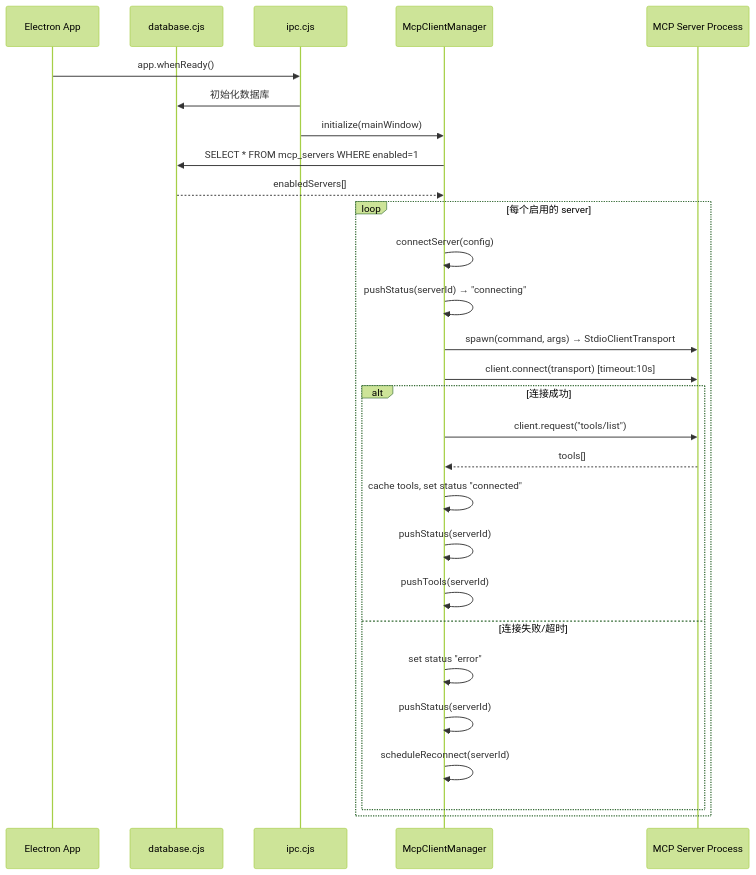
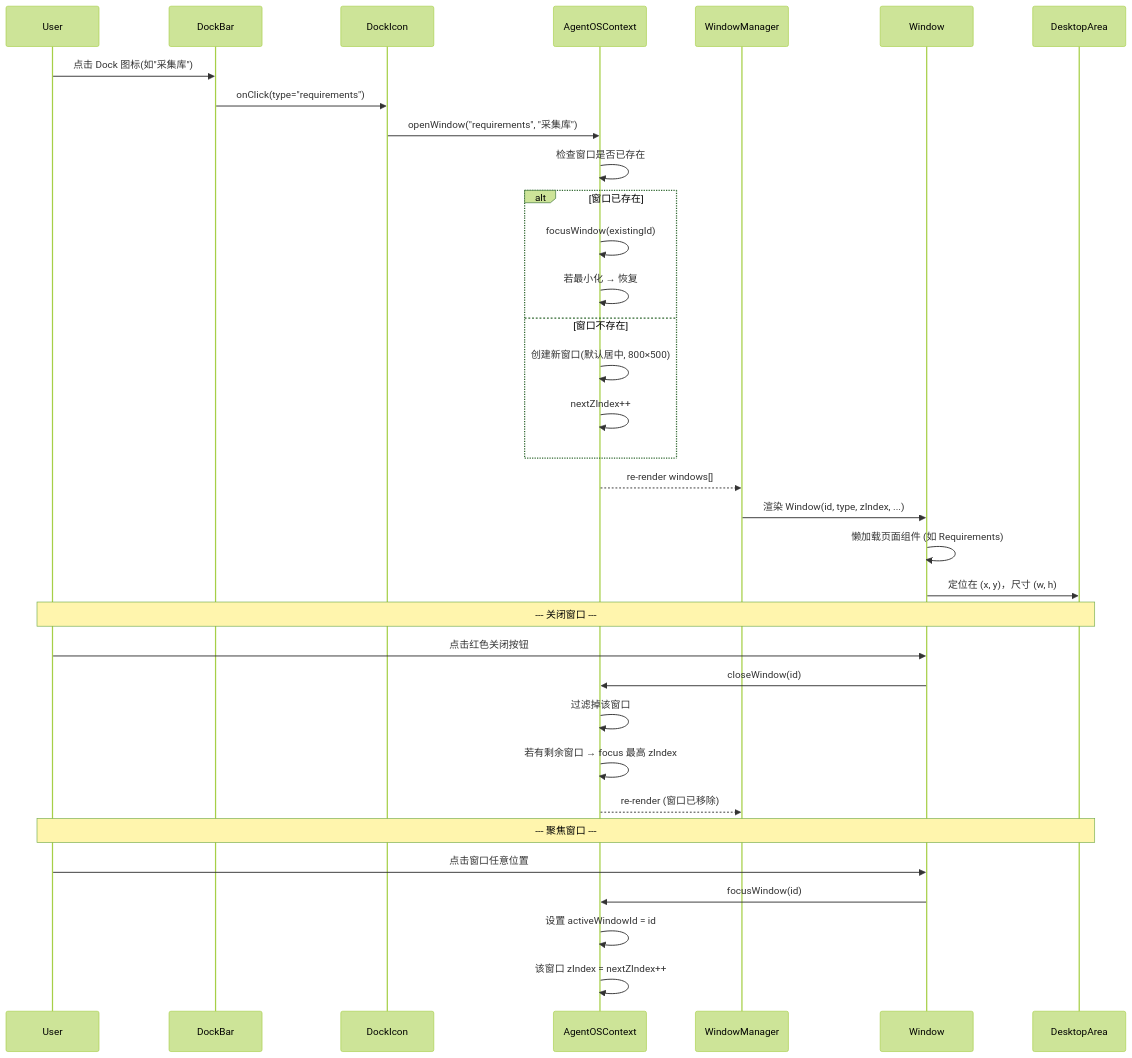
One commit to eafenzhang/workit changed the third of 5 diagrams in docs/system_design.md. Above: the diagram before and after it, drawn with Mermaid (forest theme). The commit also changed other lines of this file and 33 other files, not shown here.

First line of the commit message:
feat: Agent OS desktop mode + UI redesign + CLI/Skills/Plugins enhancements

````diff
--- a/docs/system_design.md
+++ b/docs/system_design.md
@@ -183,32 +266,43 @@
 ```mermaid
 sequenceDiagram
-    participant App as Electron App
-    participant DB as database.cjs
-    participant IPC as ipc.cjs
-    participant MCM as McpClientManager
-    participant MCP as MCP Server Process
+    participant User
+    participant DockBar
+    participant DockIcon
+    participant AgentOSContext
+    participant WindowManager
+    participant Window
+    participant DesktopArea
 
-    App->>IPC: app.whenReady()
-    IPC->>DB: 初始化数据库
-    IPC->>MCM: initialize(mainWindow)
-    MCM->>DB: SELECT * FROM mcp_servers WHERE enabled=1
-    DB-->>MCM: enabledServers[]
+    User->>DockBar: 点击 Dock 图标(如"采集库")
+    DockBar->>DockIcon: onClick(type="requirements")
+    DockIcon->>AgentOSContext: openWindow("requirements", "采集库")
 
-    loop 每个启用的 server
-        MCM->>MCM: connectServer(config)
-        MCM->>MCM: pushStatus(serverId) → "connecting"
-        MCM->>MCP: spawn(command, args) → StdioClientTransport
-        MCM->>MCP: client.connect(transport) [timeout:10s]
-        alt 连接成功
-            MCM->>MCP: client.request("tools/list")
-            MCP-->>MCM: tools[]
-            MCM->>MCM: cache tools, set status "connected"
-            MCM->>MCM: pushStatus(serverId)
-            MCM->>MCM: pushTools(serverId)
-        else 连接失败/超时
-            MCM->>MCM: set status "error"
-            MCM->>MCM: pushStatus(serverId)
-            MCM->>MCM: scheduleReconnect(serverId)
-        end
+    AgentOSContext->>AgentOSContext: 检查窗口是否已存在
+    alt 窗口已存在
+        AgentOSContext->>AgentOSContext: focusWindow(existingId)
+        AgentOSContext->>AgentOSContext: 若最小化 → 恢复
+    else 窗口不存在
+        AgentOSContext->>AgentOSContext: 创建新窗口(默认居中, 800×500)
+        AgentOSContext->>AgentOSContext: nextZIndex++
     end
+
+    AgentOSContext-->>WindowManager: re-render windows[]
+    WindowManager->>Window: 渲染 Window(id, type, zIndex, ...)
+    Window->>Window: 懒加载页面组件 (如 Requirements)
+    Window->>DesktopArea: 定位在 (x, y)，尺寸 (w, h)
+
+    Note over User,DesktopArea: --- 关闭窗口 ---
+
+    User->>Window: 点击红色关闭按钮
+    Window->>AgentOSContext: closeWindow(id)
+    AgentOSContext->>AgentOSContext: 过滤掉该窗口
+    AgentOSContext->>AgentOSContext: 若有剩余窗口 → focus 最高 zIndex
+    AgentOSContext-->>WindowManager: re-render (窗口已移除)
+
+    Note over User,DesktopArea: --- 聚焦窗口 ---
+
+    User->>Window: 点击窗口任意位置
+    Window->>AgentOSContext: focusWindow(id)
+    AgentOSContext->>AgentOSContext: 设置 activeWindowId = id
+    AgentOSContext->>AgentOSContext: 该窗口 zIndex = nextZIndex++
 ```
````
